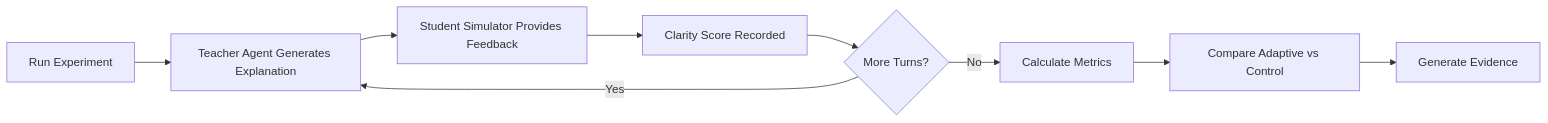
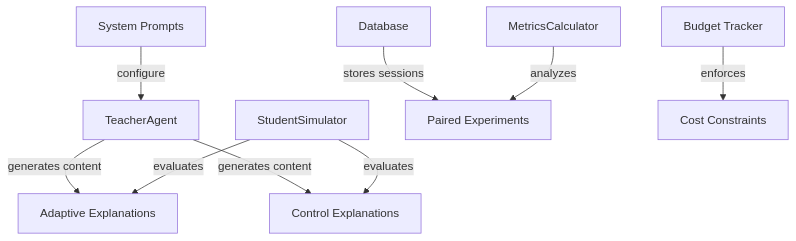
One commit to dipampaul17/synapz changed the third of 3 diagrams in README.md. Above: the diagram before and after it, drawn with Mermaid. The commit also changed other lines of this file, not shown here.

Commit message:
docs: enhance main README with deeper thought process and experiment design

````diff
--- a/README.md
+++ b/README.md
@@ -54,11 +124,11 @@
 ```mermaid
-graph LR
-    A[Run Experiment] --> B[Teacher Agent Generates Explanation]
-    B --> C[Student Simulator Provides Feedback]
-    C --> D[Clarity Score Recorded]
-    D --> E{More Turns?}
-    E -->|Yes| B
-    E -->|No| F[Calculate Metrics]
-    F --> G[Compare Adaptive vs Control]
-    G --> H[Generate Evidence]
+graph TD
+    A[TeacherAgent] -->|generates content| B[Adaptive Explanations]
+    A -->|generates content| C[Control Explanations] 
+    D[StudentSimulator] -->|evaluates| B
+    D -->|evaluates| C
+    E[Database] -->|stores sessions| F[Paired Experiments]
+    G[MetricsCalculator] -->|analyzes| F
+    H[Budget Tracker] -->|enforces| I[Cost Constraints]
+    J[System Prompts] -->|configure| A
 ```
````
